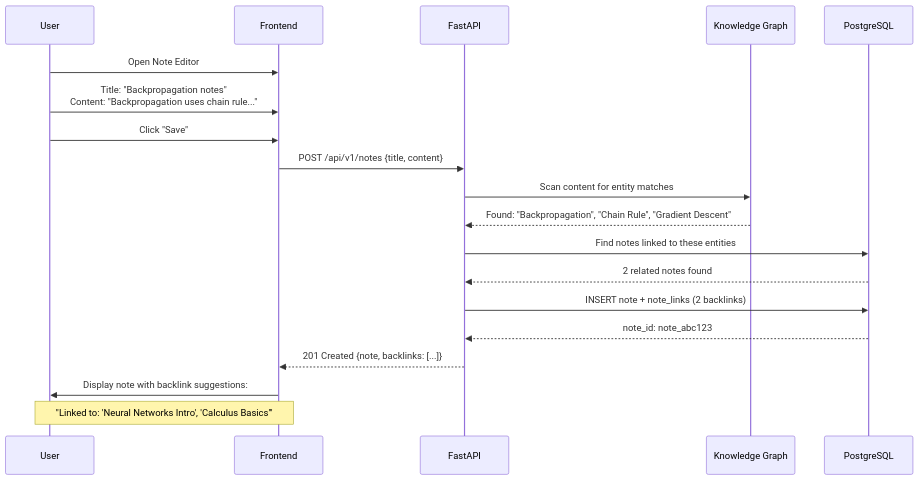
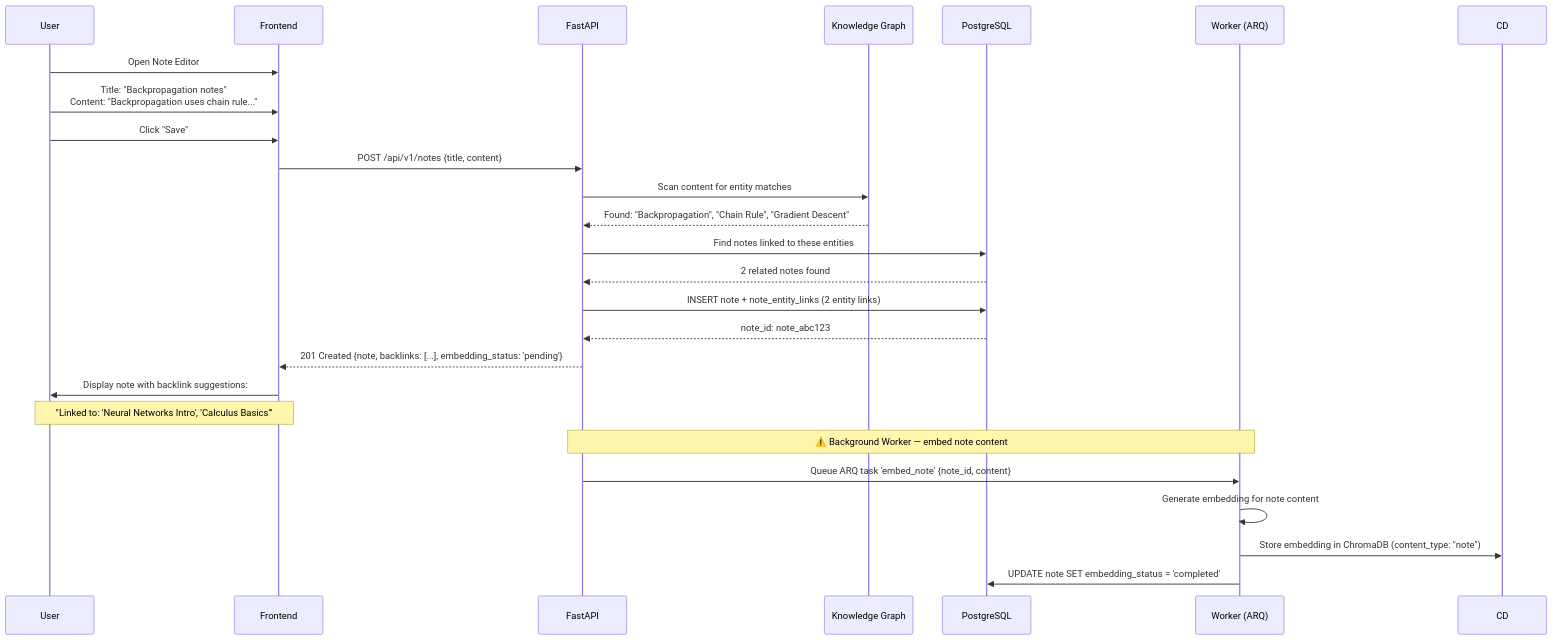
The fifth of 12 diagrams in docs/srs/User_Flows.md (TCTri205/AetherTutor), drawn with Mermaid before and after one commit. The commit also changed other lines of this file and 5 other files, not shown here.

````diff
--- a/docs/srs/User_Flows.md
+++ b/docs/srs/User_Flows.md
@@ -461,26 +462,33 @@
 ```mermaid
 sequenceDiagram
     participant U as User
     participant FE as Frontend
     participant API as FastAPI
     participant Graph as Knowledge Graph
     participant PG as PostgreSQL
+    participant W as Worker (ARQ)
 
     U->>FE: Open Note Editor
     U->>FE: Title: "Backpropagation notes"<br/>Content: "Backpropagation uses chain rule..."
     U->>FE: Click "Save"
     FE->>API: POST /api/v1/notes {title, content}
 
     API->>Graph: Scan content for entity matches
     Graph-->>API: Found: "Backpropagation", "Chain Rule", "Gradient Descent"
 
     API->>PG: Find notes linked to these entities
     PG-->>API: 2 related notes found
 
-    API->>PG: INSERT note + note_links (2 backlinks)
+    API->>PG: INSERT note + note_entity_links (2 entity links)
     PG-->>API: note_id: note_abc123
 
-    API-->>FE: 201 Created {note, backlinks: [...]}
+    API-->>FE: 201 Created {note, backlinks: [...], embedding_status: 'pending'}
     FE->>U: Display note with backlink suggestions:
     Note over FE,U: "Linked to: 'Neural Networks Intro', 'Calculus Basics'"
+
+    Note over API,W: ⚠️ Background Worker — embed note content
+    API->>W: Queue ARQ task 'embed_note' {note_id, content}
+    W->>W: Generate embedding for note content
+    W->>CD: Store embedding in ChromaDB (content_type: "note")
+    W->>PG: UPDATE note SET embedding_status = 'completed'
 ```
````
